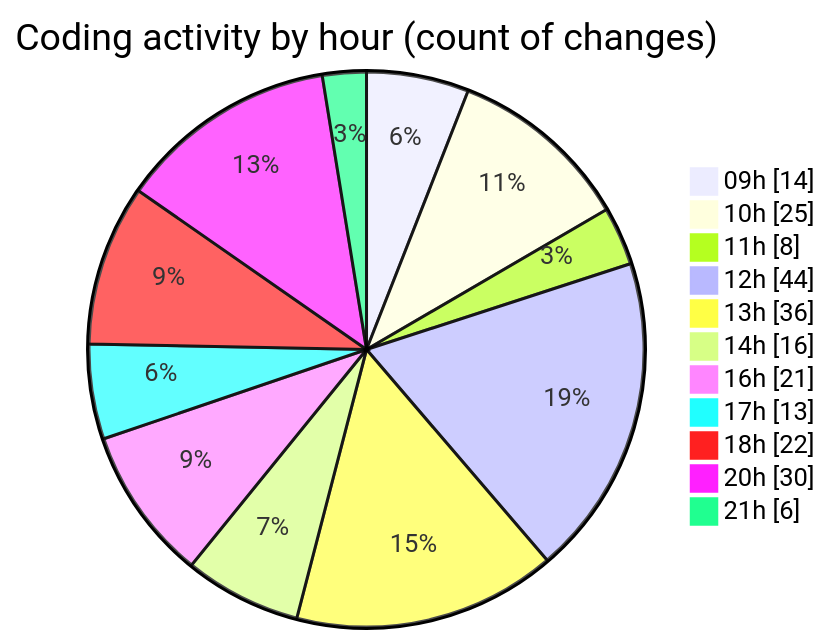
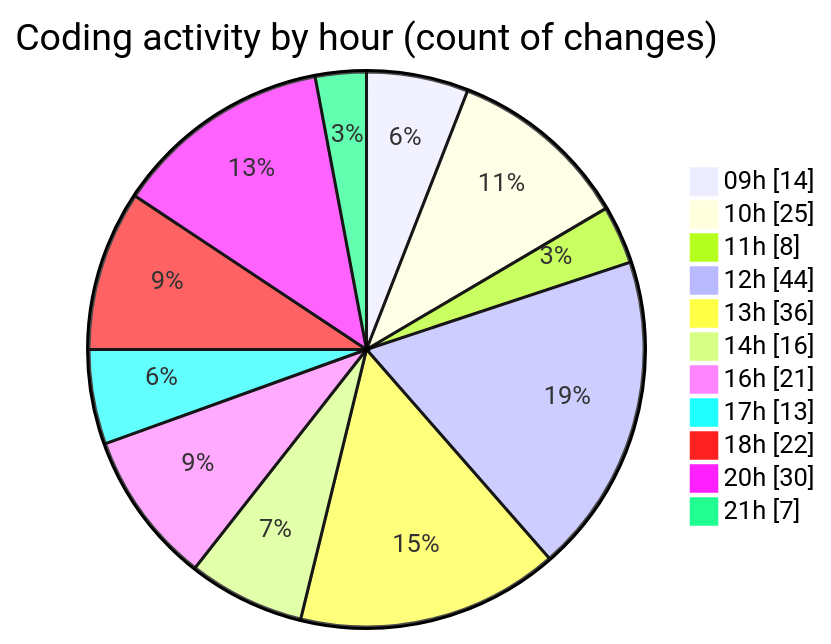
One commit to momahboobian/code-tracking changed the second of 2 diagrams in 2025-06-03/cda/README.md. Above: the diagram before and after it, drawn with Mermaid. The commit also changed other lines of this file and 1 other file, not shown here.

````diff
--- a/2025-06-03/cda/README.md
+++ b/2025-06-03/cda/README.md
@@ -38,15 +38,15 @@
 ```mermaid
 pie showData
 title Coding activity by hour (count of changes)
 "09h" : 14
 "10h" : 25
 "11h" : 8
 "12h" : 44
 "13h" : 36
 "14h" : 16
 "16h" : 21
 "17h" : 13
 "18h" : 22
 "20h" : 30
-"21h" : 6
+"21h" : 7
 ```
````
